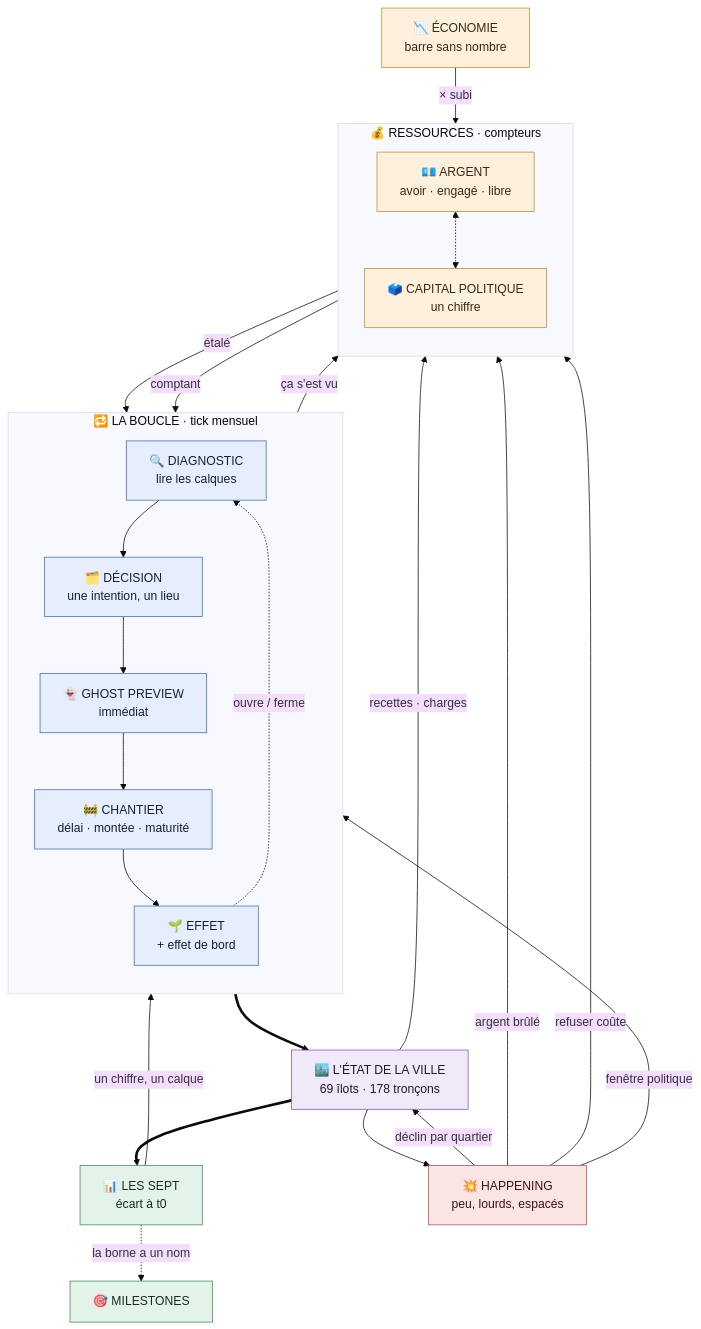
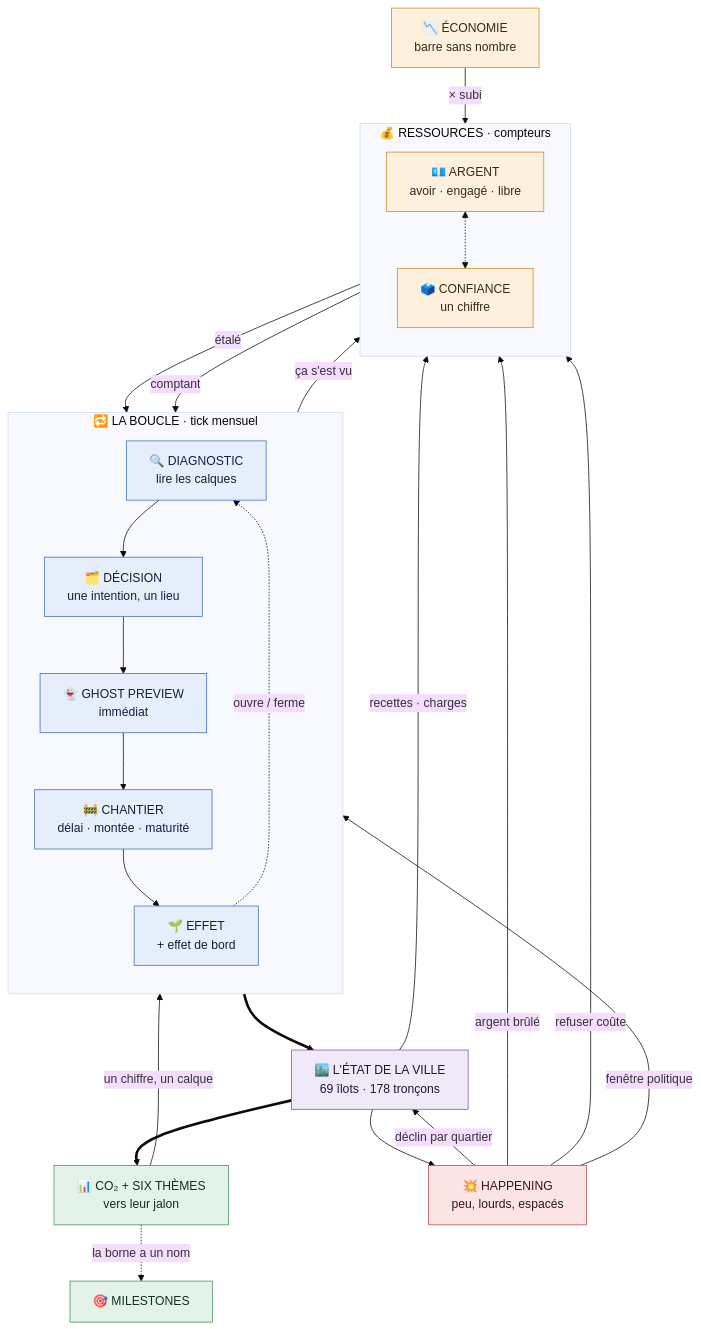
Before and after one commit to jan917-byte/city-builder: the first of 3 diagrams in Vault - Jeu urbanisme/Systèmes/Carte des systèmes.md, drawn with Mermaid (base theme). The commit also changed other lines of this file and 39 other files, not shown here.

````diff
--- a/Vault - Jeu urbanisme/Systèmes/Carte des systèmes.md
+++ b/Vault - Jeu urbanisme/Systèmes/Carte des systèmes.md
@@ -20,55 +20,55 @@
 ```mermaid
 flowchart TB
 
   subgraph BOUCLE["🔁 LA BOUCLE · tick mensuel"]
     direction TB
     DIAG["🔍 DIAGNOSTIC<br/>lire les calques"]
     DEC["🗂️ DÉCISION<br/>une intention, un lieu"]
     GHOST["👻 GHOST PREVIEW<br/>immédiat"]
     CHANT["🚧 CHANTIER<br/>délai · montée · maturité"]
     EFFET["🌱 EFFET<br/>+ effet de bord"]
     DIAG --> DEC --> GHOST --> CHANT --> EFFET
     EFFET -.->|"ouvre / ferme"| DIAG
   end
 
   VILLE["🏙️ L'ÉTAT DE LA VILLE<br/>69 îlots · 178 tronçons"]
   EFFET ==> VILLE
 
   subgraph RESS["💰 RESSOURCES · compteurs"]
     direction TB
     ARGENT["💶 ARGENT<br/>avoir · engagé · libre"]
-    CAPITAL["🗳️ CAPITAL POLITIQUE<br/>un chiffre"]
+    CAPITAL["🗳️ CONFIANCE<br/>un chiffre"]
     ARGENT <-.-> CAPITAL
   end
 
   ECO["📉 ÉCONOMIE<br/>barre sans nombre"]
   ECO -->|"× subi"| ARGENT
   VILLE -->|"recettes · charges"| ARGENT
   ARGENT -->|"étalé"| DEC
   CAPITAL -->|"comptant"| DEC
   EFFET -->|"ça s'est vu"| CAPITAL
 
-  IND["📊 LES SEPT<br/>écart à t0"]
+  IND["📊 CO₂ + SIX THÈMES<br/>vers leur jalon"]
   MIL["🎯 MILESTONES"]
   VILLE ==> IND
   IND -->|"un chiffre, un calque"| DIAG
   IND -.->|"la borne a un nom"| MIL
 
   CRISE["💥 HAPPENING<br/>peu, lourds, espacés"]
   VILLE --> CRISE
   CRISE -->|"argent brûlé"| ARGENT
   CRISE -->|"refuser coûte"| CAPITAL
   CRISE -->|"fenêtre politique"| DEC
   CRISE -->|"déclin par quartier"| VILLE
 
   classDef boucle fill:#e6eefc,stroke:#3f6db5,color:#12213a;
   classDef res fill:#fdf0dc,stroke:#c98a2e,color:#3a2a10;
   classDef ind fill:#e4f3e9,stroke:#3f8f5f,color:#12301f;
   classDef ville fill:#f0e9f8,stroke:#8258ad,color:#241436;
   classDef crise fill:#fbe4e4,stroke:#b5504d,color:#3a1414;
   class DIAG,DEC,GHOST,CHANT,EFFET boucle;
   class ARGENT,CAPITAL,ECO res;
   class IND,MIL ind;
   class VILLE ville;
   class CRISE crise;
 ```
````
